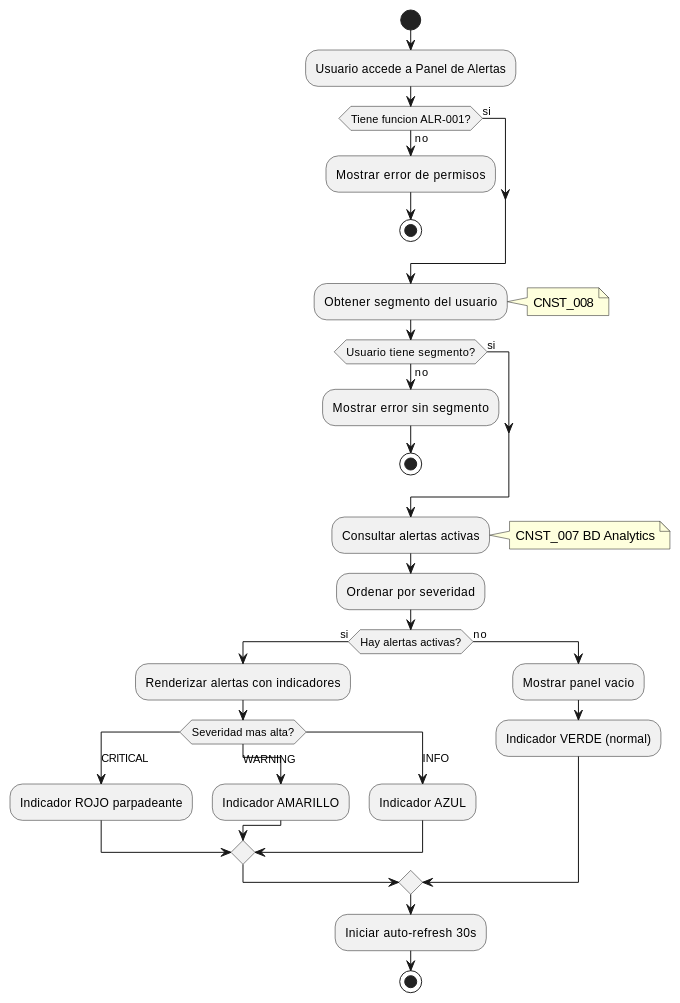
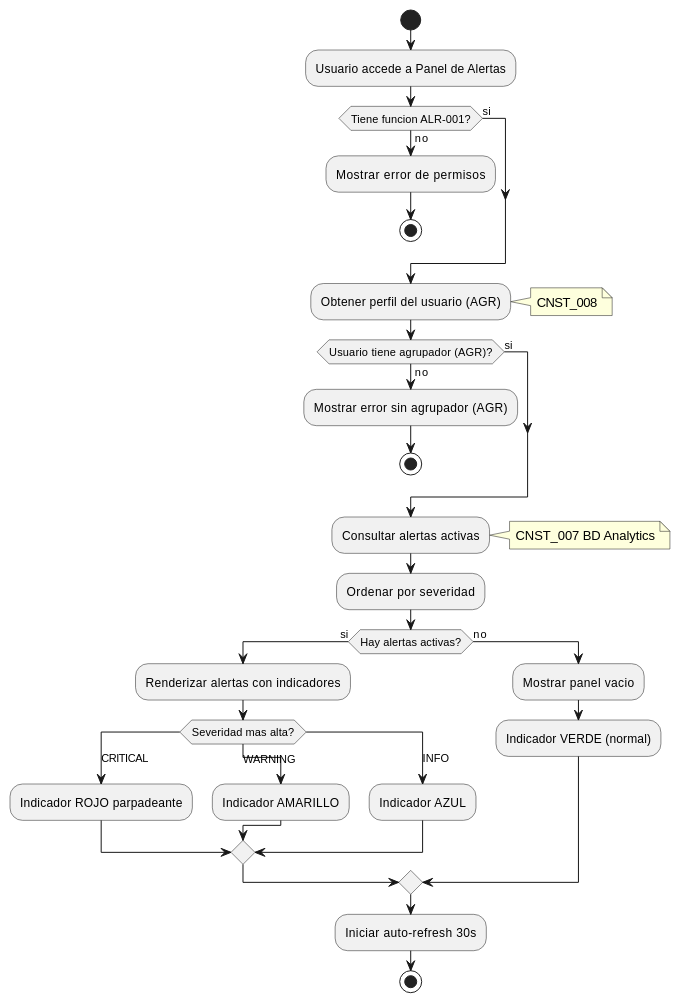
Before and after one commit to jcg-admin/IACT-docs: the third of 3 diagrams in source/requisitos/casos-uso/alerts/uc-alr-02-ver-alertas-activas.rst, drawn with PlantUML. The commit also changed other lines of this file and 4 other files, not shown here.

```diff
--- a/source/requisitos/casos-uso/alerts/uc-alr-02-ver-alertas-activas.rst
+++ b/source/requisitos/casos-uso/alerts/uc-alr-02-ver-alertas-activas.rst
@@ -309,46 +309,46 @@
 .. uml::
  :caption: Diagrama de Actividad - UC_ALR_02
 
  @startuml
  start
  :Usuario accede a Panel de Alertas;
 
  if (Tiene funcion ALR-001?) then (no)
  :Mostrar error de permisos;
  stop
  else (si)
  endif
 
- :Obtener segmento del usuario;
+ :Obtener perfil del usuario (AGR);
  note right: CNST_008
 
- if (Usuario tiene segmento?) then (no)
- :Mostrar error sin segmento;
+ if (Usuario tiene agrupador (AGR)?) then (no)
+ :Mostrar error sin agrupador (AGR);
  stop
  else (si)
  endif
 
  :Consultar alertas activas;
  note right: CNST_007 BD Analytics
 
  :Ordenar por severidad;
 
  if (Hay alertas activas?) then (si)
  :Renderizar alertas con indicadores;
  switch (Severidad mas alta?)
  case (CRITICAL)
  :Indicador ROJO parpadeante;
  case (WARNING)
  :Indicador AMARILLO;
  case (INFO)
  :Indicador AZUL;
  endswitch
  else (no)
  :Mostrar panel vacio;
  :Indicador VERDE (normal);
  endif
 
  :Iniciar auto-refresh 30s;
 
  stop
  @enduml
```
